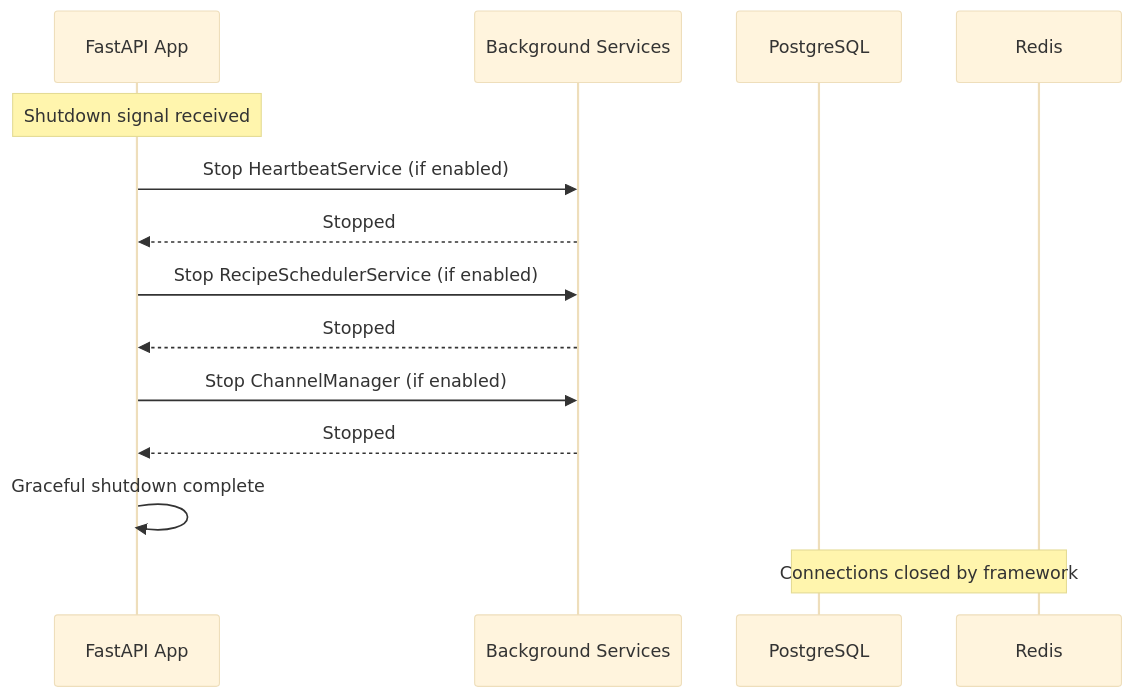
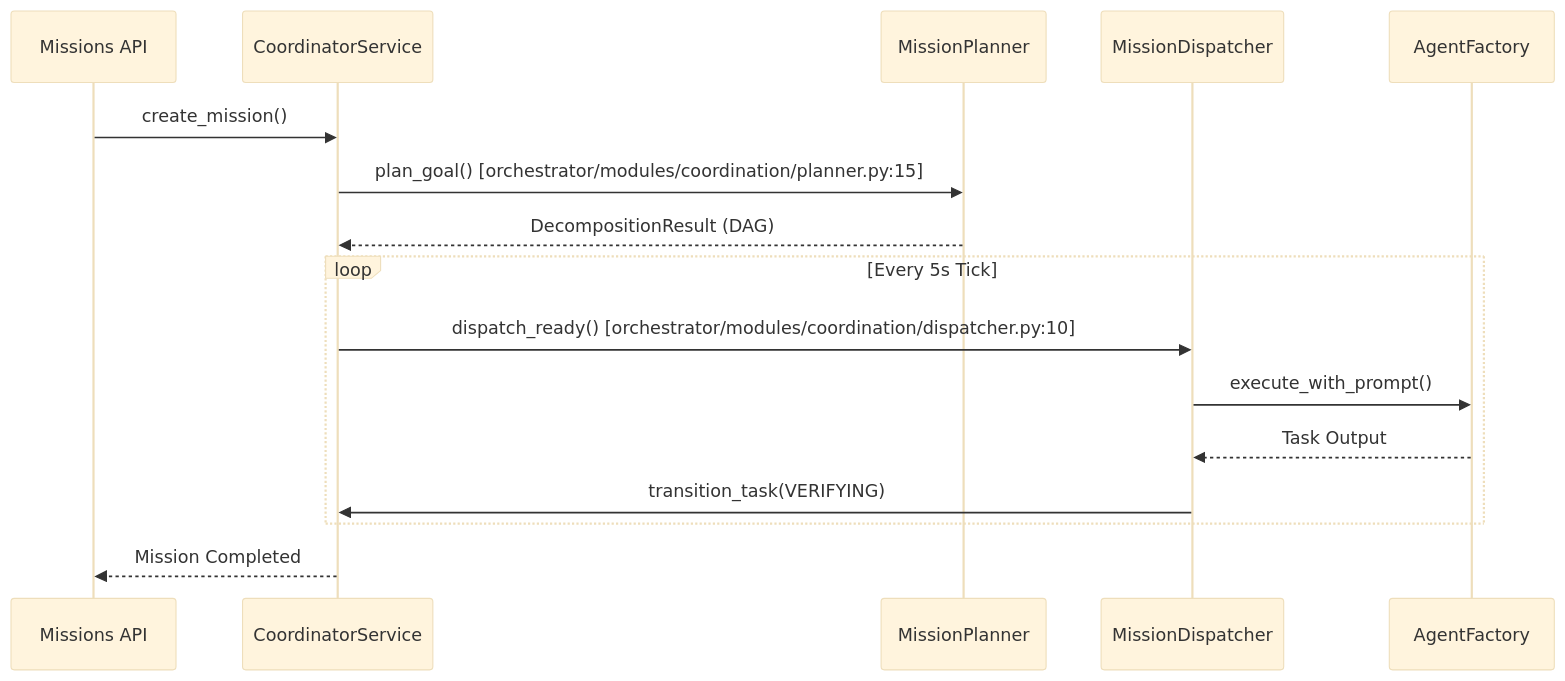
One commit to AutomatosAI/automatos-ai changed the third of 3 diagrams in docs/backend-architecture/fastapi-application.md. Above: the diagram before and after it, drawn with Mermaid (base theme). The commit also changed other lines of this file and 149 other files, not shown here.

Commit message:
docs: refresh documentation with graphify semantic scan

````diff
--- a/docs/backend-architecture/fastapi-application.md
+++ b/docs/backend-architecture/fastapi-application.md
@@ -264,22 +158,19 @@
 ```mermaid
 sequenceDiagram
-    participant App as FastAPI App
-    participant Services as Background Services
-    participant DB as PostgreSQL
-    participant Redis as Redis
-    
-    Note over App: Shutdown signal received
-    
-    App->>Services: Stop HeartbeatService (if enabled)
-    Services-->>App: Stopped
-    
-    App->>Services: Stop RecipeSchedulerService (if enabled)
-    Services-->>App: Stopped
-    
-    App->>Services: Stop ChannelManager (if enabled)
-    Services-->>App: Stopped
-    
-    App->>App: Graceful shutdown complete
-    
-    Note over DB,Redis: Connections closed by framework
+    participant API as Missions API
+    participant Coord as CoordinatorService
+    participant Plan as MissionPlanner
+    participant Disp as MissionDispatcher
+    participant Agent as AgentFactory
+
+    API->>Coord: create_mission()
+    Coord->>Plan: plan_goal() [orchestrator/modules/coordination/planner.py:15]
+    Plan-->>Coord: DecompositionResult (DAG)
+    loop Every 5s Tick
+        Coord->>Disp: dispatch_ready() [orchestrator/modules/coordination/dispatcher.py:10]
+        Disp->>Agent: execute_with_prompt()
+        Agent-->>Disp: Task Output
+        Disp->>Coord: transition_task(VERIFYING)
+    end
+    Coord-->>API: Mission Completed
 ```
````
